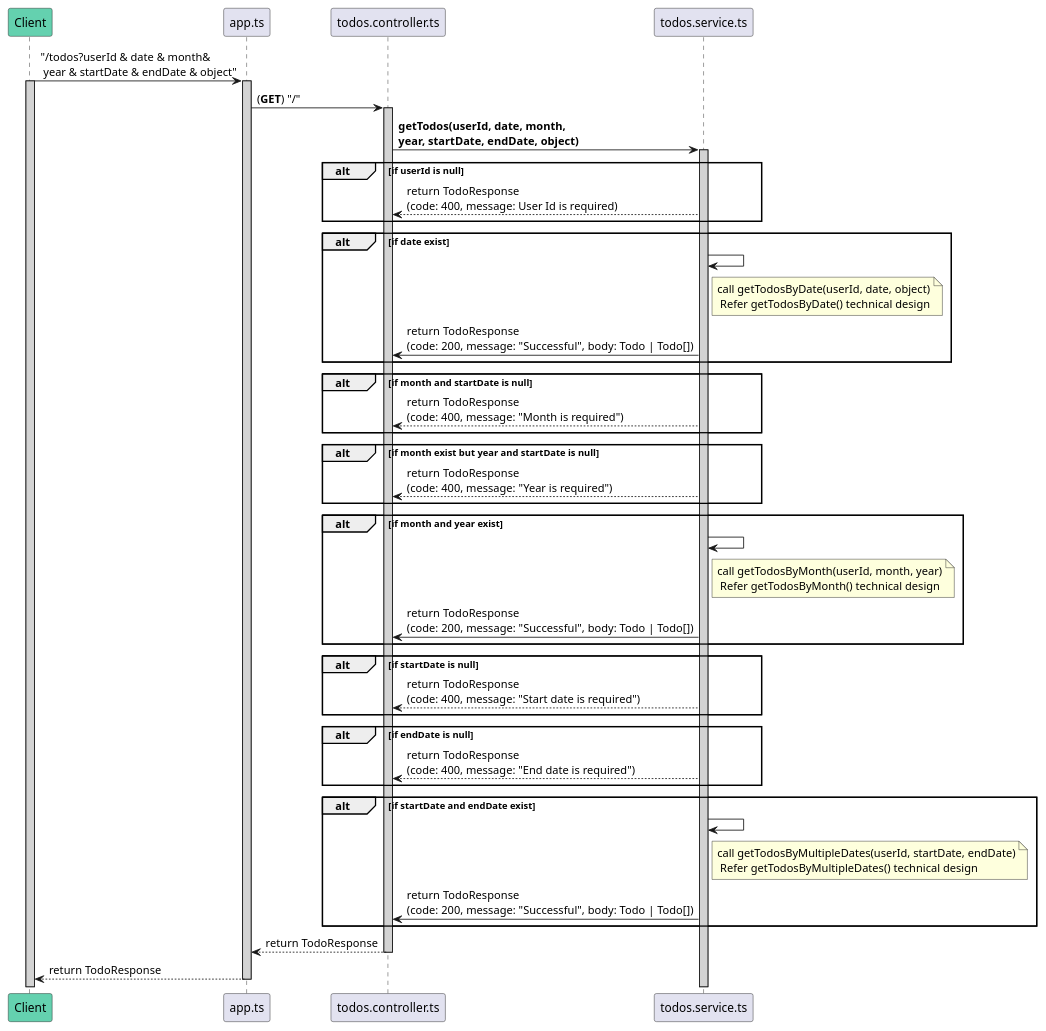
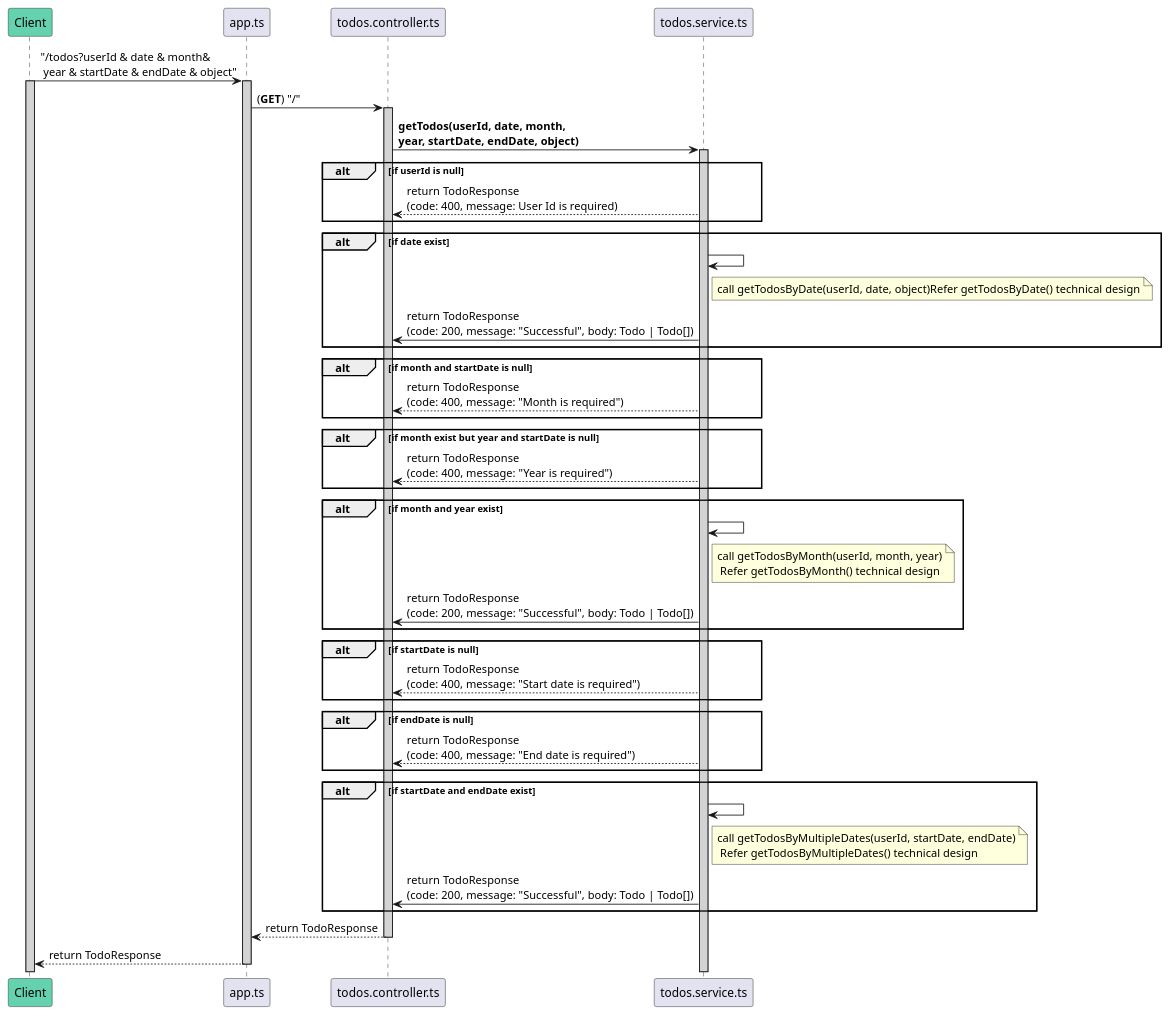
Before and after one commit to avasoft-mobility/workday-design: the diagram in backend/services_design/todo_service/sequence_diagram/get_todos.sequence.puml, drawn with PlantUML. The commit also changed 4 other files, not shown here.

```diff
--- a/backend/services_design/todo_service/sequence_diagram/get_todos.sequence.puml
+++ b/backend/services_design/todo_service/sequence_diagram/get_todos.sequence.puml
@@ -1,60 +1,60 @@
 @startuml getTodos
 participant Client #64D1AF
 participant app.ts
 participant todos.controller.ts
 participant todos.service.ts
 
 Client -> app.ts : "/todos?userId & date & month& \n year & startDate & endDate & object"
 activate Client #D3D3D3
 activate app.ts #D3D3D3
 
 app.ts -> todos.controller.ts : (**GET**) "/"
 activate todos.controller.ts #D3D3D3
 
 todos.controller.ts -> todos.service.ts : **getTodos(userId, date, month,** \n**year, startDate, endDate, object)**
 activate todos.service.ts #D3D3D3
 
 alt if userId is null
     todos.controller.ts <-- todos.service.ts : return TodoResponse\n(code: 400, message: User Id is required)
 end
 
 alt if date exist
     todos.service.ts -> todos.service.ts
-    note right of todos.service.ts: call getTodosByDate(userId, date, object)\n Refer getTodosByDate() technical design
+    note right of todos.service.ts: call getTodosByDate(userId, date, object)Refer getTodosByDate() technical design
     todos.service.ts -> todos.controller.ts : return TodoResponse\n(code: 200, message: "Successful", body: Todo | Todo[])
 end
 
 alt if month and startDate is null
     todos.controller.ts <-- todos.service.ts : return TodoResponse\n(code: 400, message: "Month is required")
 end
 
 alt if month exist but year and startDate is null
     todos.controller.ts <-- todos.service.ts : return TodoResponse\n(code: 400, message: "Year is required")
 end
 
 alt if month and year exist
     todos.service.ts -> todos.service.ts
     note right of todos.service.ts: call getTodosByMonth(userId, month, year)\n Refer getTodosByMonth() technical design
     todos.service.ts -> todos.controller.ts : return TodoResponse\n(code: 200, message: "Successful", body: Todo | Todo[])
 end
 
 alt if startDate is null
     todos.controller.ts <-- todos.service.ts : return TodoResponse\n(code: 400, message: "Start date is required")
 end
 
 alt if endDate is null
     todos.controller.ts <-- todos.service.ts : return TodoResponse\n(code: 400, message: "End date is required")
 end
 
 alt if startDate and endDate exist
     todos.service.ts -> todos.service.ts
     note right of todos.service.ts: call getTodosByMultipleDates(userId, startDate, endDate)\n Refer getTodosByMultipleDates() technical design
     todos.service.ts -> todos.controller.ts : return TodoResponse\n(code: 200, message: "Successful", body: Todo | Todo[])
 end
 
 app.ts <-- todos.controller.ts: return TodoResponse
 deactivate todos.controller.ts
 
 Client <-- app.ts : return TodoResponse
 deactivate app.ts
 @enduml
```
